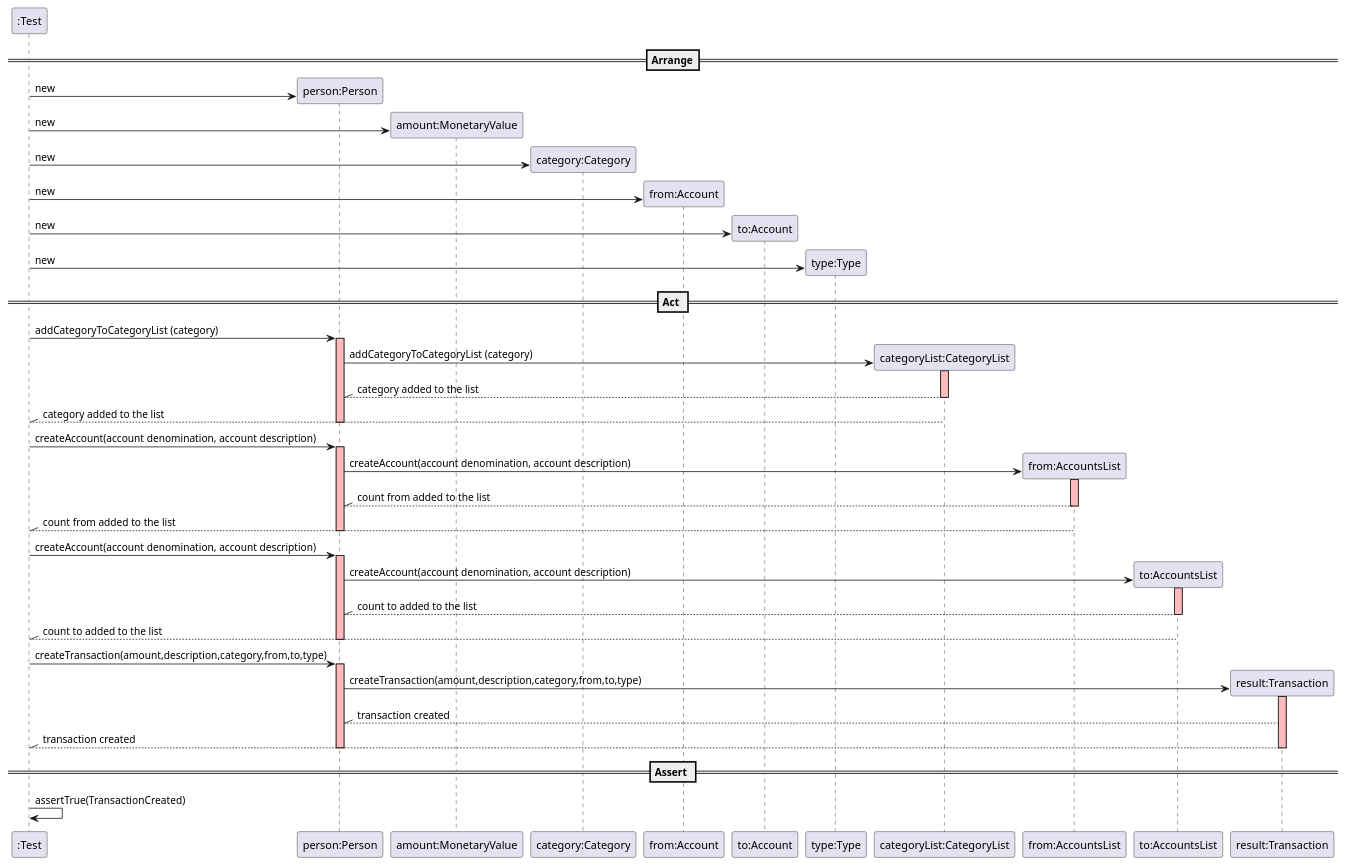
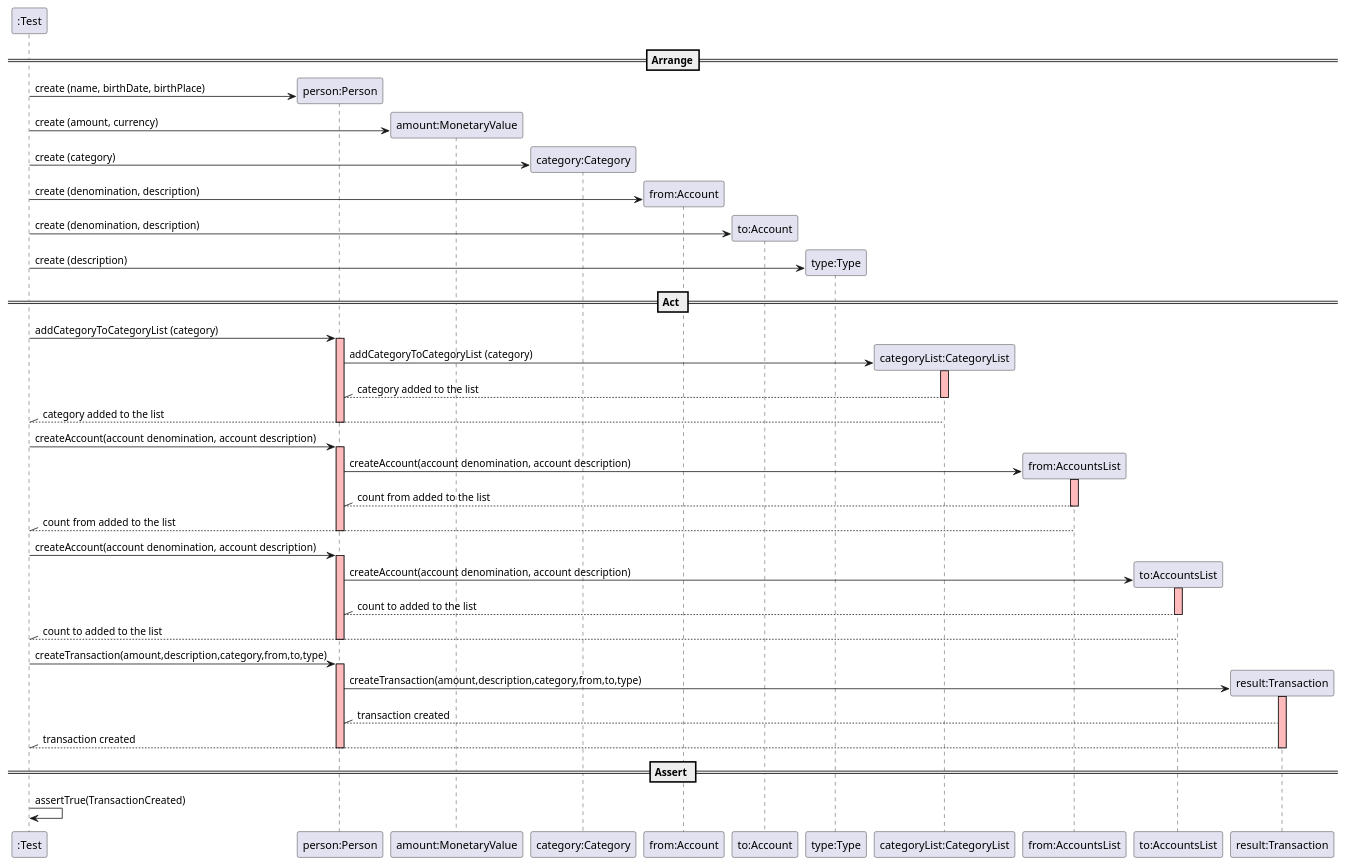
One commit to mleitaoribeiro/DevOpsMaven changed the diagram in docs/SequenceDiagram - UserStory8.puml. Above: the diagram before and after it, drawn with PlantUML.

Commit message:
#231 corrections

```diff
--- a/docs/SequenceDiagram - UserStory8.puml
+++ b/docs/SequenceDiagram - UserStory8.puml
@@ -1,80 +1,80 @@
 @startuml
 create ":Test"
 
 ==Arrange==
 
 create "person:Person"
-":Test" -> "person:Person" : new
+":Test" -> "person:Person" : create (name, birthDate, birthPlace)
 
 create "amount:MonetaryValue"
-":Test" -> "amount:MonetaryValue" : new
+":Test" -> "amount:MonetaryValue" : create (amount, currency)
 
 create "category:Category"
-":Test" -> "category:Category" : new
+":Test" -> "category:Category" : create (category)
 
 create "from:Account"
-":Test" -> "from:Account" : new
+":Test" -> "from:Account" : create (denomination, description)
 
 
 create "to:Account"
-":Test" -> "to:Account" : new
+":Test" -> "to:Account" : create (denomination, description)
 
 
 create "type:Type"
-":Test" -> "type:Type" : new
+":Test" -> "type:Type" : create (description)
 
 
 == Act ==
 
 ":Test" -> "person:Person" : addCategoryToCategoryList (category)
 activate "person:Person"  #FFBBBB
 
 create "categoryList:CategoryList"
 "person:Person" -> "categoryList:CategoryList" : addCategoryToCategoryList (category)
 activate "categoryList:CategoryList"  #FFBBBB
 "person:Person" //-- "categoryList:CategoryList" : category added to the list
 deactivate "categoryList:CategoryList" #FFBBBB
 ":Test" //-- "categoryList:CategoryList" : category added to the list
 deactivate "person:Person" #FFBBBB
 
 
 ":Test" -> "person:Person" : createAccount(account denomination, account description)
 activate "person:Person"  #FFBBBB
 create "from:AccountsList"
 "person:Person" -> "from:AccountsList" : createAccount(account denomination, account description)
 activate "from:AccountsList"  #FFBBBB
 "person:Person" //-- "from:AccountsList" : count from added to the list
 deactivate "from:AccountsList" #FFBBBB
 ":Test" //-- "from:AccountsList" : count from added to the list
 deactivate "from:AccountsList" #FFBBBB
 deactivate "person:Person" #FFBBBB
 
 
 ":Test" -> "person:Person" : createAccount(account denomination, account description)
 activate "person:Person"  #FFBBBB
 create "to:AccountsList"
 "person:Person" -> "to:AccountsList" : createAccount(account denomination, account description)
 activate "to:AccountsList"  #FFBBBB
 "person:Person" //-- "to:AccountsList" : count to added to the list
 deactivate "to:AccountsList" #FFBBBB
 ":Test" //-- "to:AccountsList" : count to added to the list
 deactivate "to:AccountsList" #FFBBBB
 deactivate "person:Person" #FFBBBB
 
 
 ":Test" -> "person:Person" : createTransaction(amount,description,category,from,to,type)
 activate "person:Person"  #FFBBBB
 create "result:Transaction"
 "person:Person" -> "result:Transaction" : createTransaction(amount,description,category,from,to,type)
 activate "result:Transaction"  #FFBBBB
 "person:Person" //-- "result:Transaction"  : transaction created
 ":Test" //-- "result:Transaction" : transaction created
 deactivate "result:Transaction" #FFBBBB
 deactivate "person:Person" #FFBBBB
 
 
 == Assert ==
 
 ":Test" -> ":Test" : assertTrue(TransactionCreated)
 
 @enduml
```
